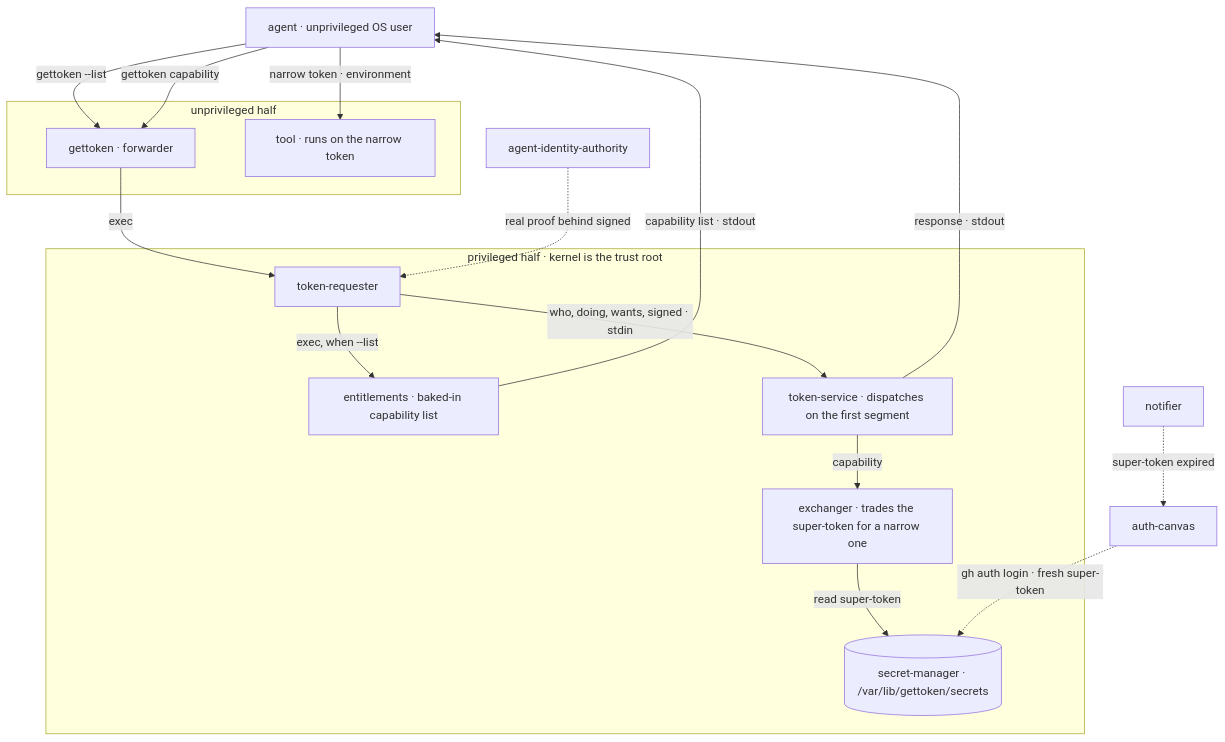
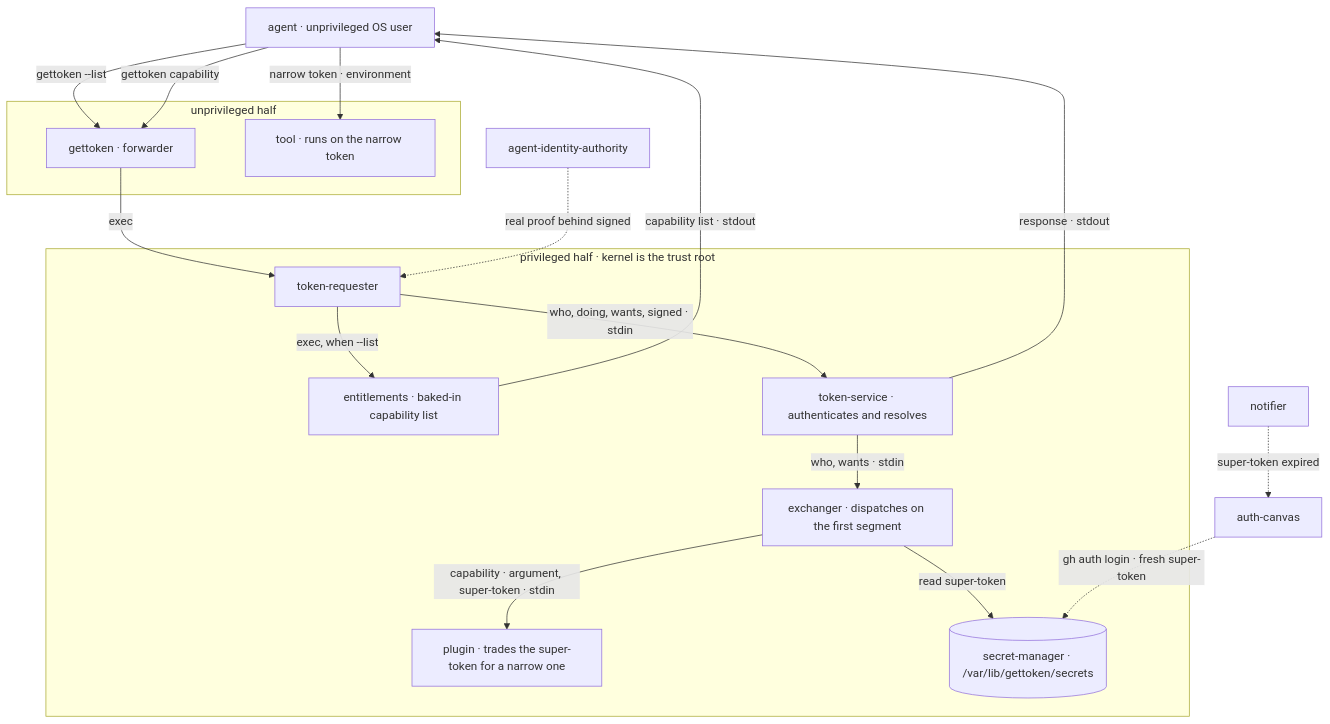
One commit to thruput-io/gettoken changed the first of 2 diagrams in README.md. Above: the diagram before and after it, drawn with Mermaid. The commit also changed other lines of this file and 67 other files, not shown here.

````diff
--- a/README.md
+++ b/README.md
@@ -83,32 +82,34 @@
 ```mermaid
 flowchart TD
   AG["agent · unprivileged OS user"]
 
   subgraph UNPRIV["unprivileged half"]
     GT["gettoken · forwarder"]
     TL["tool · runs on the narrow token"]
   end
 
   subgraph PRIV["privileged half · kernel is the trust root"]
     TR["token-requester"]
     EN["entitlements · baked-in capability list"]
-    TS["token-service · dispatches on the first segment"]
-    EX["exchanger · trades the super-token for a narrow one"]
+    TS["token-service · authenticates and resolves"]
+    EX["exchanger · dispatches on the first segment"]
+    PL["plugin · trades the super-token for a narrow one"]
     SM[("secret-manager · /var/lib/gettoken/secrets")]
   end
 
   AG -->|"gettoken --list"| GT
   AG -->|"gettoken capability"| GT
   GT -->|"exec"| TR
   TR -->|"exec, when --list"| EN
   TR -->|"who, doing, wants, signed · stdin"| TS
-  TS -->|"capability"| EX
+  TS -->|"who, wants · stdin"| EX
   EX -->|"read super-token"| SM
+  EX -->|"capability · argument, super-token · stdin"| PL
   EN -->|"capability list · stdout"| AG
   TS -->|"response · stdout"| AG
   AG -->|"narrow token · environment"| TL
 
   NF["notifier"] -.->|"super-token expired"| AC["auth-canvas"]
   AC -.->|"gh auth login · fresh super-token"| SM
   AIA["agent-identity-authority"] -.->|"real proof behind signed"| TR
 ```
````
